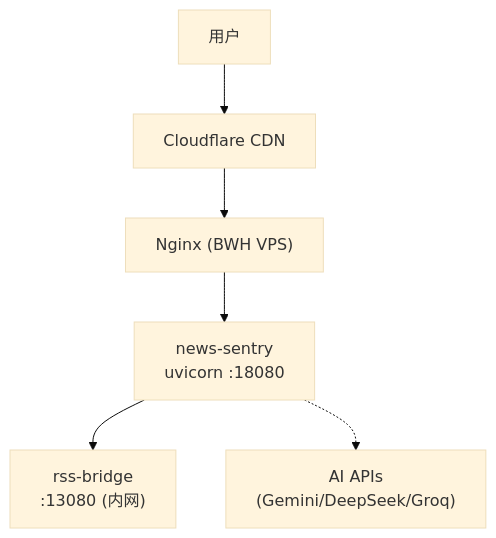
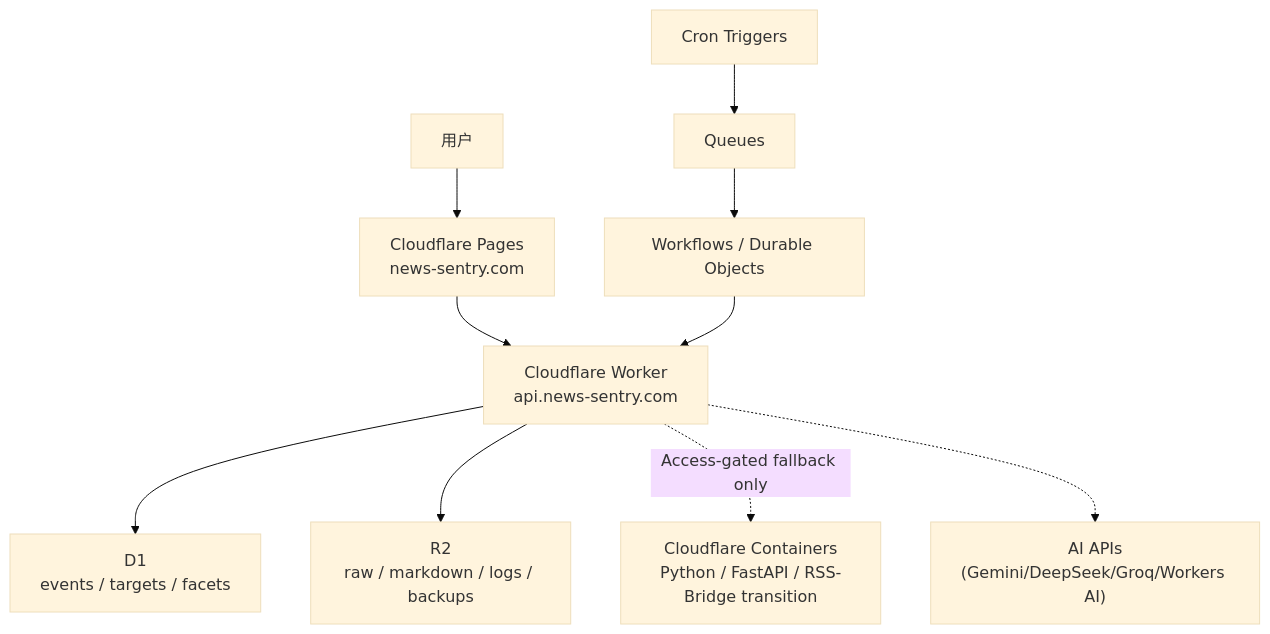
One commit to XucroYuri/NewsSentry changed the third of 3 diagrams in docs/architecture.md. Above: the diagram before and after it, drawn with Mermaid (base theme). The commit also changed other lines of this file and 16 other files, not shown here.

````diff
--- a/docs/architecture.md
+++ b/docs/architecture.md
@@ -281,8 +281,12 @@
 ```mermaid
 flowchart TB
-    USER["用户"] --> CF["Cloudflare CDN"]
-    CF --> NGINX["Nginx (BWH VPS)"]
-    NGINX --> NS["news-sentry<br/>uvicorn :18080"]
-    NS --> RSSB["rss-bridge<br/>:13080 (内网)"]
-    NS -.-> API["AI APIs<br/>(Gemini/DeepSeek/Groq)"]
+    USER["用户"] --> PAGES["Cloudflare Pages<br/>news-sentry.com"]
+    PAGES --> WORKER["Cloudflare Worker<br/>api.news-sentry.com"]
+    WORKER --> D1["D1<br/>events / targets / facets"]
+    WORKER --> R2["R2<br/>raw / markdown / logs / backups"]
+    CRON["Cron Triggers"] --> QUEUE["Queues"]
+    QUEUE --> FLOW["Workflows / Durable Objects"]
+    FLOW --> WORKER
+    WORKER -. "Access-gated fallback only" .-> C["Cloudflare Containers<br/>Python / FastAPI / RSS-Bridge transition"]
+    WORKER -.-> API["AI APIs<br/>(Gemini/DeepSeek/Groq/Workers AI)"]
 ```
````
